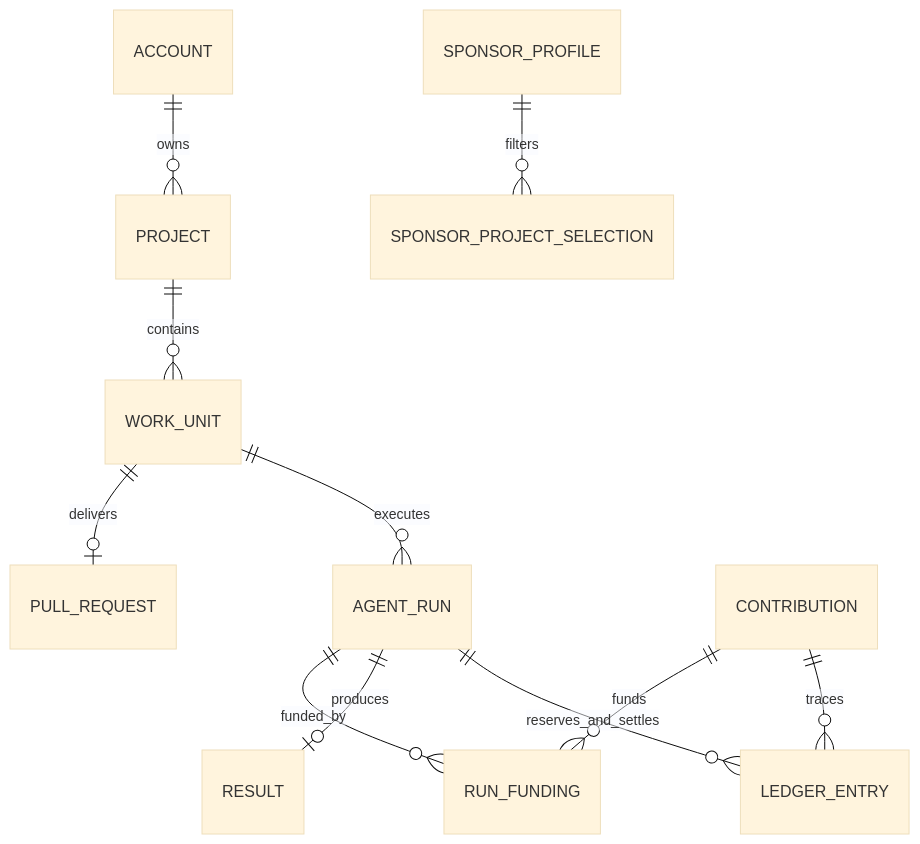
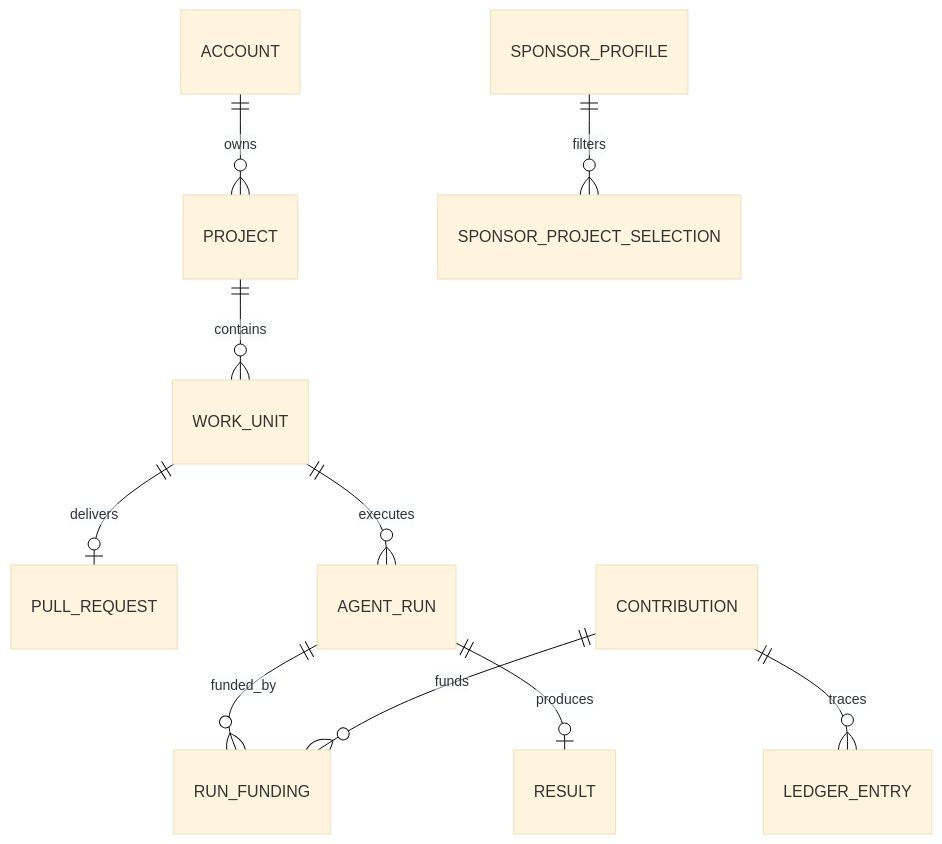
Before and after one commit to KevTale/yarrow: the second of 2 diagrams in docs/architecture.md, drawn with Mermaid (base theme). The commit also changed other lines of this file and 17 other files, not shown here.

````diff
--- a/docs/architecture.md
+++ b/docs/architecture.md
@@ -82,13 +60,12 @@
 ```mermaid
 erDiagram
   ACCOUNT ||--o{ PROJECT : owns
   PROJECT ||--o{ WORK_UNIT : contains
   WORK_UNIT ||--o| PULL_REQUEST : delivers
   WORK_UNIT ||--o{ AGENT_RUN : executes
   AGENT_RUN ||--o{ RUN_FUNDING : funded_by
   CONTRIBUTION ||--o{ RUN_FUNDING : funds
   AGENT_RUN ||--o| RESULT : produces
   CONTRIBUTION ||--o{ LEDGER_ENTRY : traces
-  AGENT_RUN ||--o{ LEDGER_ENTRY : reserves_and_settles
   SPONSOR_PROFILE ||--o{ SPONSOR_PROJECT_SELECTION : filters
 ```
````
